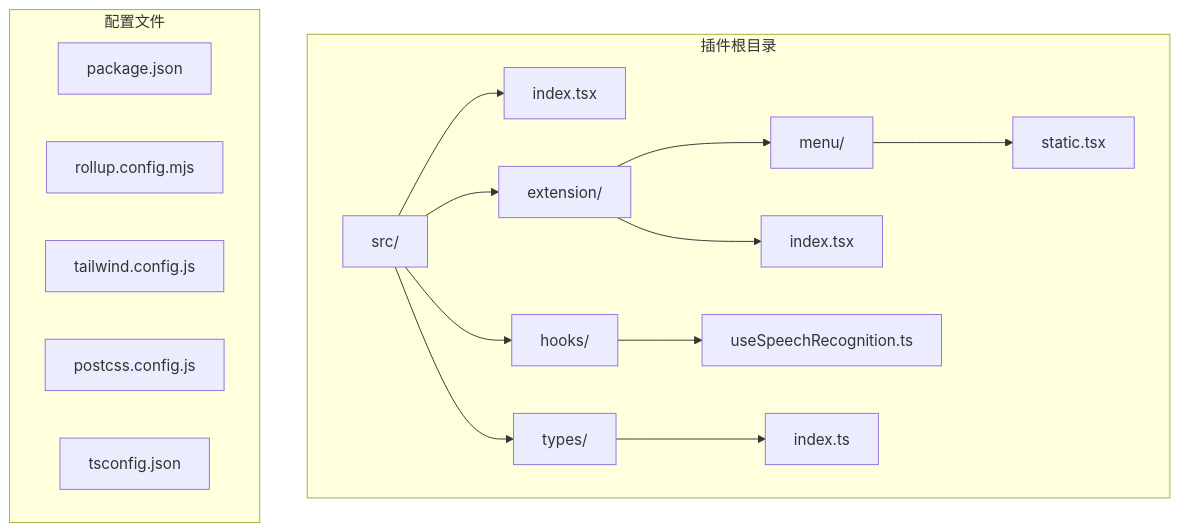
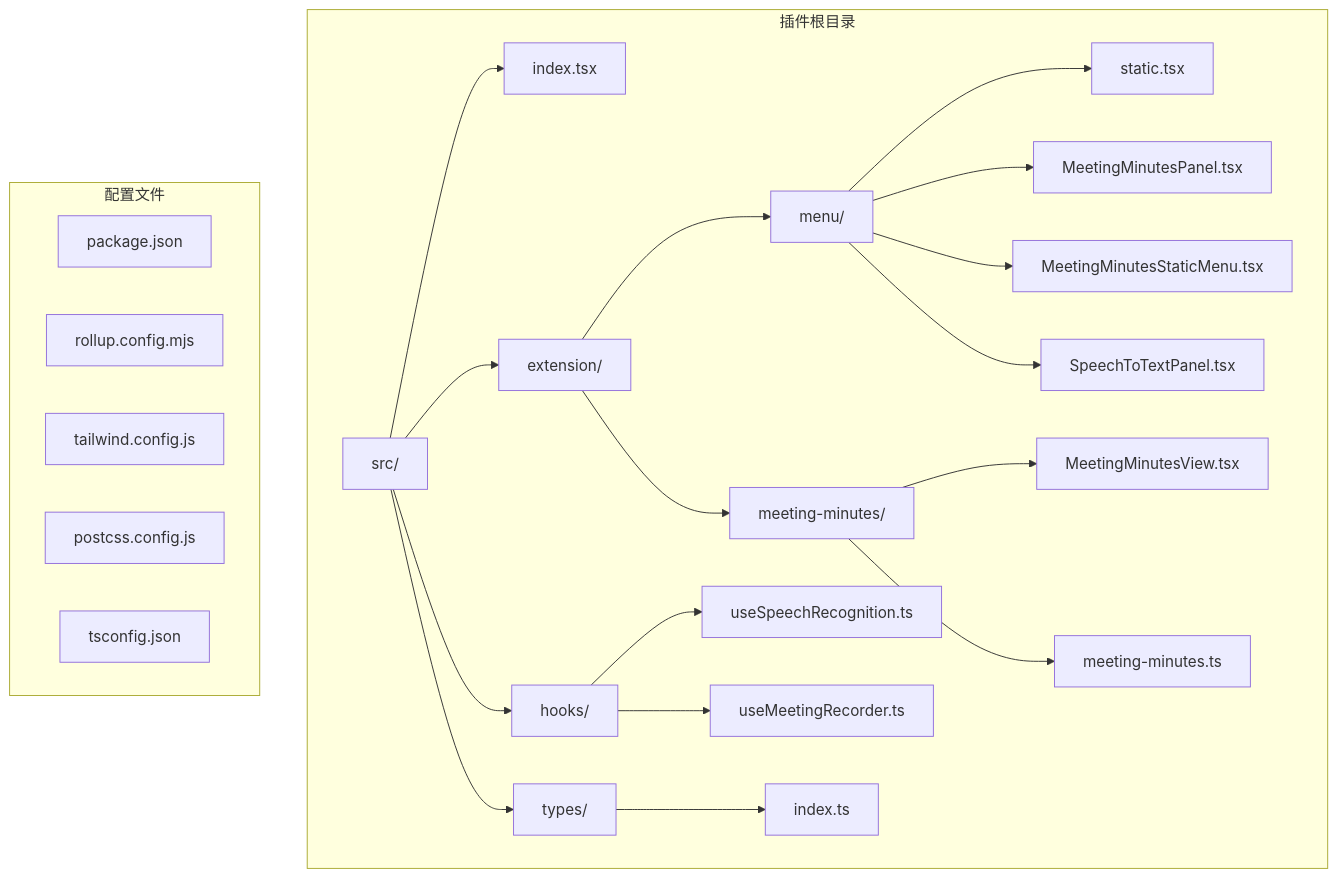
The first of 15 diagrams in .qoder/repowiki/zh/content/架构设计/插件系统架构/语音转文字插件.md (LRF0422/Kotion), drawn with Mermaid before and after one commit. The commit also changed other lines of this file and 13 other files, not shown here.

````diff
--- a/.qoder/repowiki/zh/content/架构设计/插件系统架构/语音转文字插件.md
+++ b/.qoder/repowiki/zh/content/架构设计/插件系统架构/语音转文字插件.md
@@ -43,21 +61,27 @@
 ```mermaid
 graph TB
 subgraph "插件根目录"
 A[src/] --> B[index.tsx]
 A --> C[extension/]
 A --> D[hooks/]
 A --> E[types/]
 C --> F[menu/]
-F --> G[static.tsx]
-C --> H[index.tsx]
-D --> I[useSpeechRecognition.ts]
-E --> J[index.ts]
+C --> G[meeting-minutes/]
+F --> H[static.tsx]
+F --> I[MeetingMinutesPanel.tsx]
+F --> J[MeetingMinutesStaticMenu.tsx]
+F --> K[SpeechToTextPanel.tsx]
+G --> L[MeetingMinutesView.tsx]
+G --> M[meeting-minutes.ts]
+D --> N[useSpeechRecognition.ts]
+D --> O[useMeetingRecorder.ts]
+E --> P[index.ts]
 end
 subgraph "配置文件"
-K[package.json]
-L[rollup.config.mjs]
-M[tailwind.config.js]
-N[postcss.config.js]
-O[tsconfig.json]
+Q[package.json]
+R[rollup.config.mjs]
+S[tailwind.config.js]
+T[postcss.config.js]
+U[tsconfig.json]
 end
 ```
````
